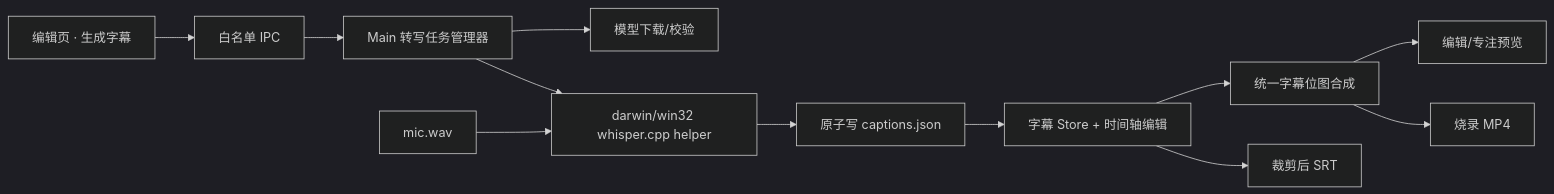
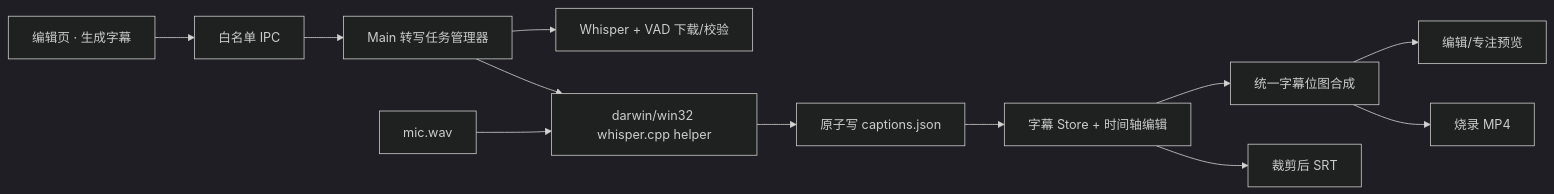
The diagram in sdd/specs/screen-recorder/krs/kr-06-captions/changes/post-recording-captions/design.md (tianyu0919/screen-recorder), drawn with Mermaid (dark theme) before and after one commit. The commit also changed other lines of this file and 97 other files, not shown here.

````diff
--- a/sdd/specs/screen-recorder/krs/kr-06-captions/changes/post-recording-captions/design.md
+++ b/sdd/specs/screen-recorder/krs/kr-06-captions/changes/post-recording-captions/design.md
@@ -5,14 +5,14 @@
 ```mermaid
 flowchart LR
   Editor[编辑页 · 生成字幕] --> IPC[白名单 IPC]
   IPC --> Jobs[Main 转写任务管理器]
-  Jobs --> Model[模型下载/校验]
+  Jobs --> Model[Whisper + VAD 下载/校验]
   Jobs --> Helper[darwin/win32 whisper.cpp helper]
   WAV[mic.wav] --> Helper
   Helper --> Atomic[原子写 captions.json]
   Atomic --> Store[字幕 Store + 时间轴编辑]
   Store --> Render[统一字幕位图合成]
   Render --> Preview[编辑/专注预览]
   Render --> MP4[烧录 MP4]
   Store --> SRT[裁剪后 SRT]
 ```
````
